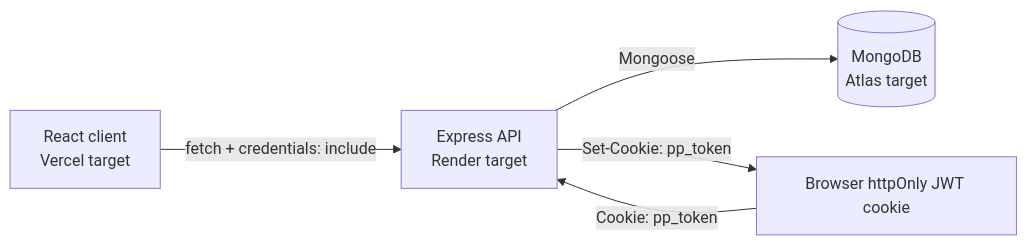
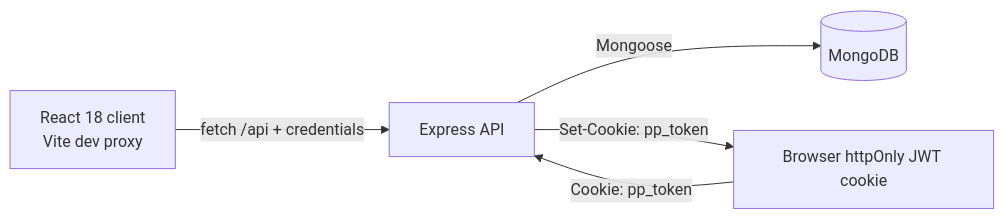
One commit to Bilal-Nazir-3360/PlanPilot changed the diagram in README.md. Above: the diagram before and after it, drawn with Mermaid. The commit also changed other lines of this file and 1 other file, not shown here.

````diff
--- a/README.md
+++ b/README.md
@@ -52,7 +44,7 @@
 ```mermaid
 flowchart LR
-  R[React client<br/>Vercel target] -- "fetch + credentials: include" --> E[Express API<br/>Render target]
-  E -- "Mongoose" --> M[(MongoDB<br/>Atlas target)]
-  E -- "Set-Cookie: pp_token" --> C[Browser httpOnly JWT cookie]
-  C -- "Cookie: pp_token" --> E
+  R[React 18 client<br/>Vite dev proxy] -->|fetch /api + credentials| E[Express API]
+  E -->|Mongoose| M[(MongoDB)]
+  E -->|Set-Cookie: pp_token| B[Browser httpOnly JWT cookie]
+  B -->|Cookie: pp_token| E
 ```
````
